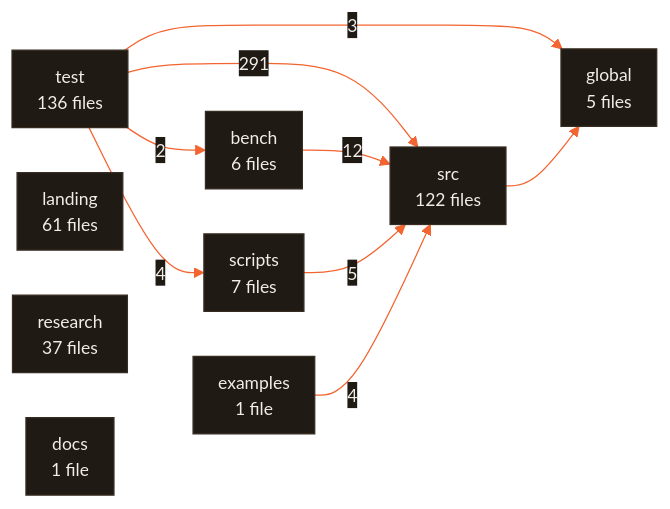
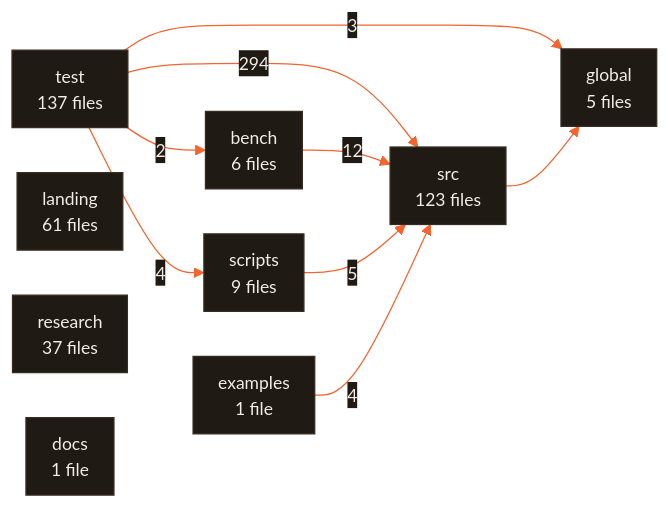
One commit to CodeWithJuber/forgekit changed the diagram in ARCHITECTURE.md. Above: the diagram before and after it, drawn with Mermaid. The commit also changed 24 other files, not shown here.

````diff
--- a/ARCHITECTURE.md
+++ b/ARCHITECTURE.md
@@ -637,21 +637,21 @@
 ```mermaid
 %%{init: {'theme':'base','themeVariables':{'primaryColor':'#201a15','primaryTextColor':'#f2ede7','primaryBorderColor':'#372c22','lineColor':'#f26430','secondaryColor':'#272019','tertiaryColor':'#171310','edgeLabelBackground':'#201a15','clusterBkg':'#171310','clusterBorder':'#4a3b2e','fontFamily':'ui-sans-serif, system-ui, sans-serif','fontSize':'14px'},'flowchart':{'curve':'basis','padding':10,'nodeSpacing':36,'rankSpacing':44}}}%%
 flowchart LR
-  test["test<br/>136 files"]
-  src["src<br/>122 files"]
+  test["test<br/>137 files"]
+  src["src<br/>123 files"]
   landing["landing<br/>61 files"]
   research["research<br/>37 files"]
-  scripts["scripts<br/>7 files"]
+  scripts["scripts<br/>9 files"]
   bench["bench<br/>6 files"]
   global["global<br/>5 files"]
   docs["docs<br/>1 file"]
   examples["examples<br/>1 file"]
-  test -- 291 --> src
+  test -- 294 --> src
   bench -- 12 --> src
   scripts -- 5 --> src
   examples -- 4 --> src
   test -- 4 --> scripts
   test -- 3 --> global
   test -- 2 --> bench
   src --> global
 ```
````
